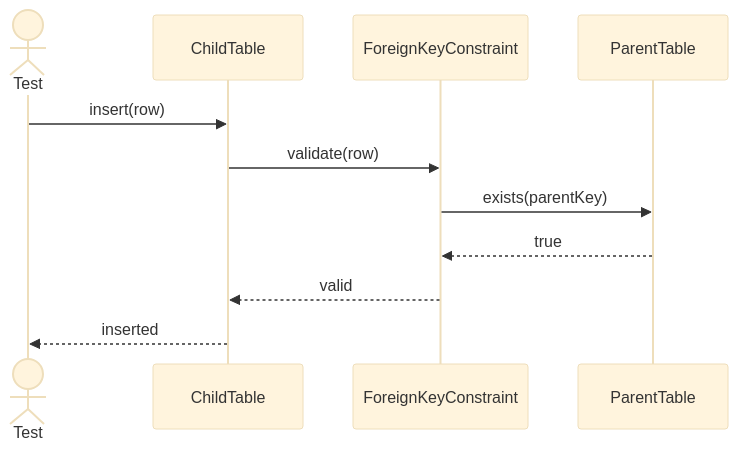
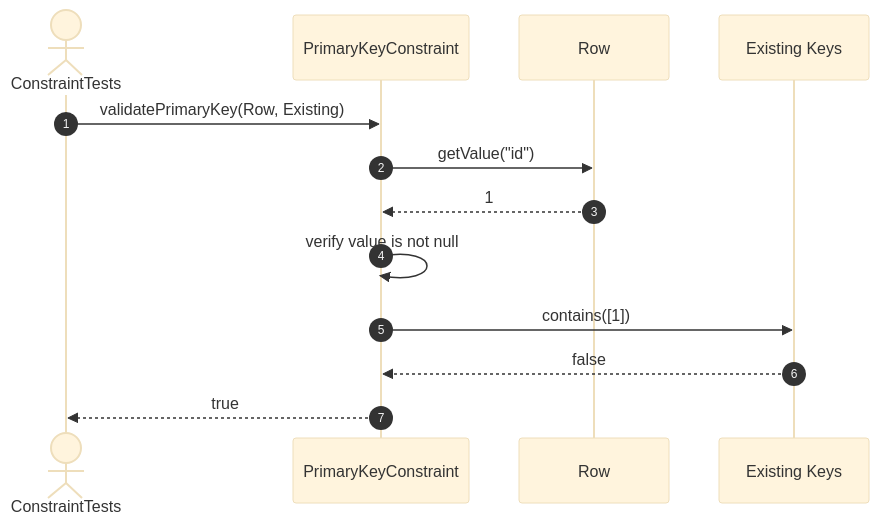
Before and after one commit to FhuAnn/-bbv-AN-s-DBMS: the fifth of 16 diagrams in src/tests/unit/metadata/sequences/constraint-testing.se.md, drawn with Mermaid (base theme). The commit also changed other lines of this file and 60 other files, not shown here.

Commit message:
refactor data table, row, column, constraint, index test file

````diff
--- a/src/tests/unit/metadata/sequences/constraint-testing.se.md
+++ b/src/tests/unit/metadata/sequences/constraint-testing.se.md
@@ -71,19 +72,16 @@
 ```mermaid
 sequenceDiagram
-actor Test
-participant ChildTable
-participant ForeignKeyConstraint
-participant ParentTable
+    autonumber
+    actor Test as ConstraintTests
+    participant PK as PrimaryKeyConstraint
+    participant Row as Row
+    participant Existing as Existing Keys
 
-Test->>ChildTable: insert(row)
-
-ChildTable->>ForeignKeyConstraint: validate(row)
-
-ForeignKeyConstraint->>ParentTable: exists(parentKey)
-
-ParentTable-->>ForeignKeyConstraint: true
-
-ForeignKeyConstraint-->>ChildTable: valid
-
-ChildTable-->>Test: inserted
+    Test->>PK: validatePrimaryKey(Row, Existing)
+    PK->>Row: getValue("id")
+    Row-->>PK: 1
+    PK->>PK: verify value is not null
+    PK->>Existing: contains([1])
+    Existing-->>PK: false
+    PK-->>Test: true
 ```
````
